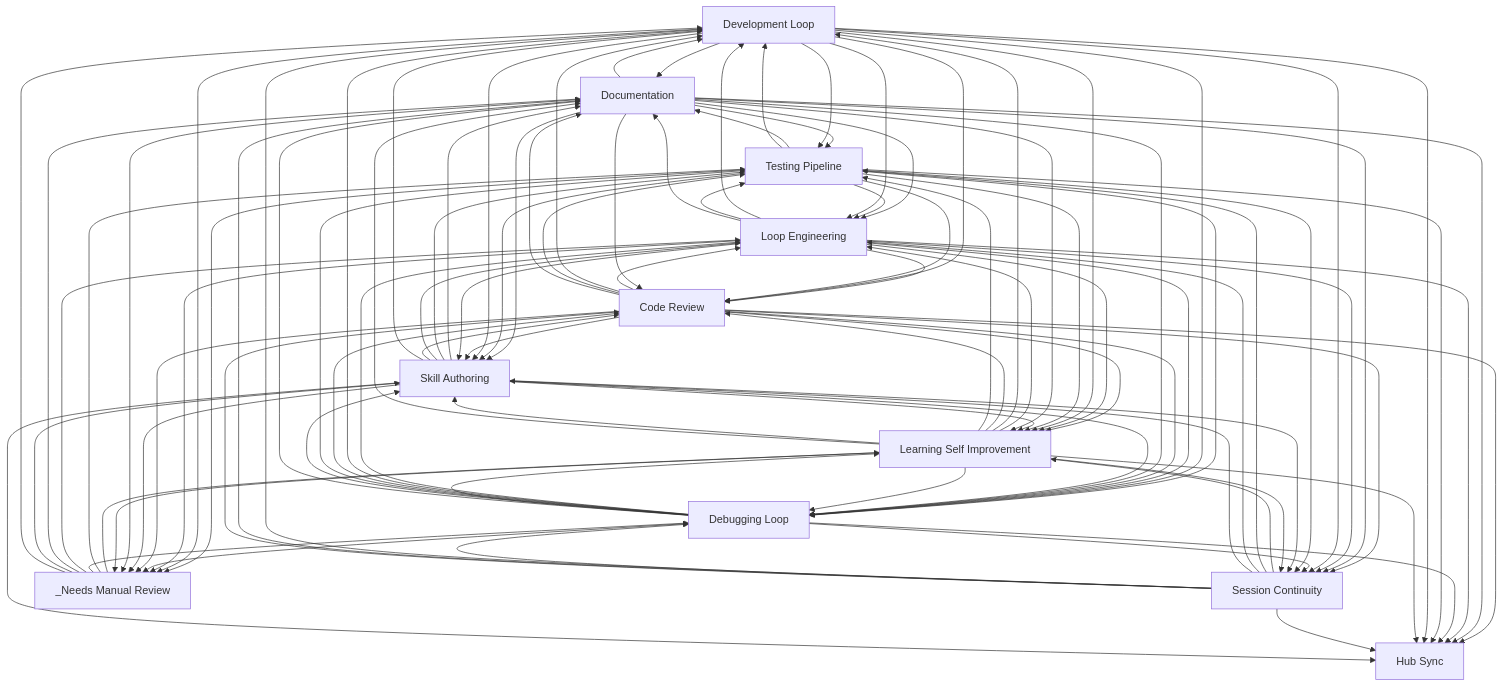
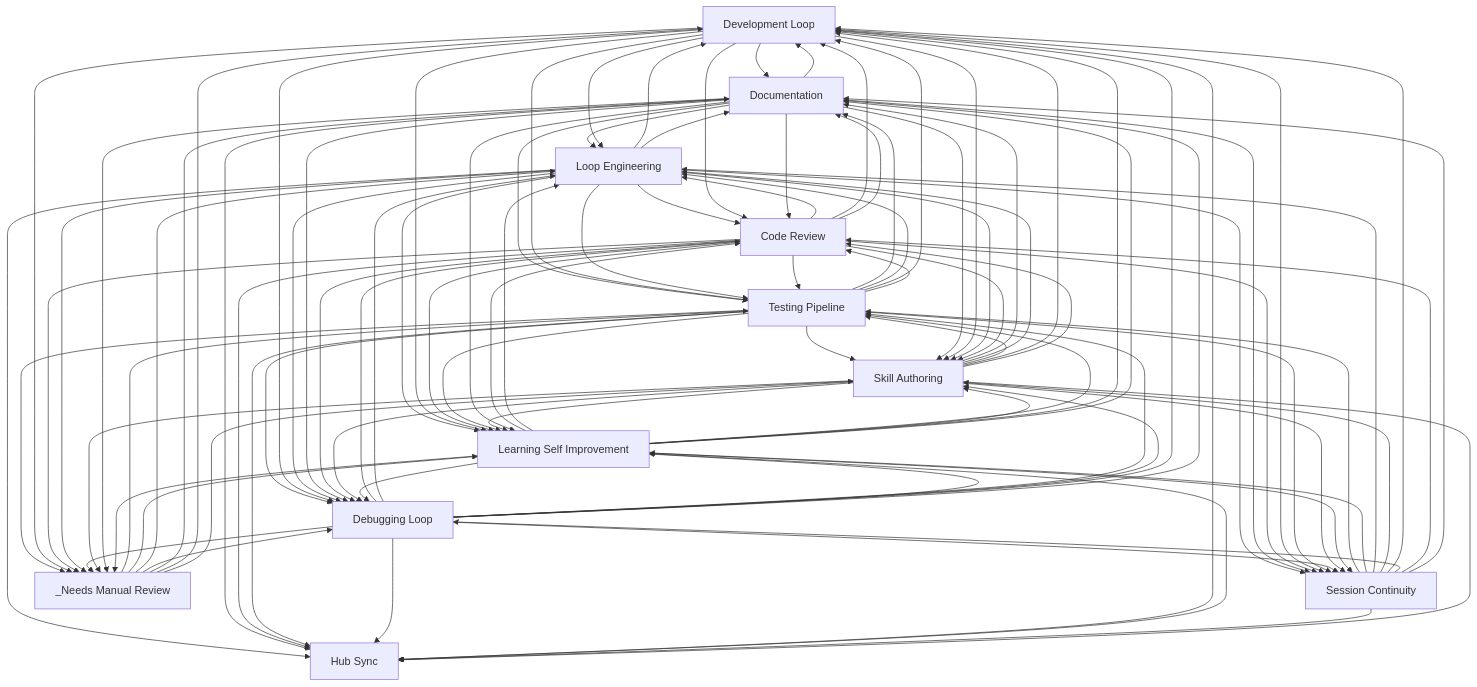
Before and after one commit to abhayla/claude-best-practices: the diagram in docs/workflows/INDEX.md, drawn with Mermaid. The commit also changed other lines of this file and 13 other files, not shown here.

````diff
--- a/docs/workflows/INDEX.md
+++ b/docs/workflows/INDEX.md
@@ -34,88 +34,88 @@
     hub_sync[Hub Sync]
     _needs_manual_review[_Needs Manual Review]
     testing_pipeline --> documentation
+    development_loop --> documentation
     skill_authoring --> documentation
-    development_loop --> documentation
-    documentation --> testing_pipeline
-    documentation --> loop_engineering
-    documentation --> skill_authoring
     testing_pipeline --> loop_engineering
     testing_pipeline --> skill_authoring
+    documentation --> loop_engineering
+    documentation --> testing_pipeline
+    documentation --> skill_authoring
+    development_loop --> loop_engineering
+    development_loop --> testing_pipeline
+    development_loop --> skill_authoring
+    skill_authoring --> loop_engineering
     skill_authoring --> testing_pipeline
-    skill_authoring --> loop_engineering
-    development_loop --> testing_pipeline
-    development_loop --> loop_engineering
-    development_loop --> skill_authoring
-    code_review --> loop_engineering
-    code_review --> development_loop
-    code_review --> testing_pipeline
-    code_review --> skill_authoring
-    loop_engineering --> development_loop
     loop_engineering --> code_review
     loop_engineering --> testing_pipeline
     loop_engineering --> skill_authoring
+    loop_engineering --> development_loop
     development_loop --> code_review
-    code_review --> learning_self_improvement
+    code_review --> loop_engineering
+    code_review --> testing_pipeline
+    code_review --> skill_authoring
+    code_review --> development_loop
     loop_engineering --> learning_self_improvement
     development_loop --> learning_self_improvement
+    code_review --> learning_self_improvement
     testing_pipeline --> development_loop
     testing_pipeline --> debugging_loop
     testing_pipeline --> code_review
+    debugging_loop --> code_review
     debugging_loop --> loop_engineering
-    debugging_loop --> development_loop
-    debugging_loop --> code_review
     debugging_loop --> testing_pipeline
     debugging_loop --> skill_authoring
+    debugging_loop --> development_loop
     development_loop --> debugging_loop
     documentation --> development_loop
     loop_engineering --> debugging_loop
     loop_engineering --> documentation
+    skill_authoring --> development_loop
     skill_authoring --> code_review
-    skill_authoring --> development_loop
     testing_pipeline --> learning_self_improvement
     skill_authoring --> learning_self_improvement
     testing_pipeline --> _needs_manual_review
     development_loop --> _needs_manual_review
+    documentation --> code_review
+    documentation --> debugging_loop
     code_review --> debugging_loop
-    documentation --> debugging_loop
-    documentation --> code_review
+    loop_engineering --> hub_sync
+    loop_engineering --> session_continuity
+    documentation --> hub_sync
+    documentation --> learning_self_improvement
+    documentation --> session_continuity
     code_review --> hub_sync
     code_review --> documentation
     code_review --> session_continuity
-    documentation --> hub_sync
-    documentation --> learning_self_improvement
-    documentation --> session_continuity
-    loop_engineering --> hub_sync
-    loop_engineering --> session_continuity
+    development_loop --> session_continuity
+    session_continuity --> testing_pipeline
     session_continuity --> learning_self_improvement
-    session_continuity --> testing_pipeline
-    development_loop --> session_continuity
+    _needs_manual_review --> testing_pipeline
     _needs_manual_review --> learning_self_improvement
-    _needs_manual_review --> testing_pipeline
+    testing_pipeline --> session_continuity
     debugging_loop --> learning_self_improvement
     debugging_loop --> session_continuity
-    testing_pipeline --> session_continuity
+    testing_pipeline --> hub_sync
     debugging_loop --> hub_sync
     debugging_loop --> documentation
-    testing_pipeline --> hub_sync
     development_loop --> hub_sync
     skill_authoring --> session_continuity
     skill_authoring --> debugging_loop
+    _needs_manual_review --> loop_engineering
     _needs_manual_review --> debugging_loop
-    _needs_manual_review --> loop_engineering
+    learning_self_improvement --> code_review
     learning_self_improvement --> loop_engineering
-    learning_self_improvement --> development_loop
     learning_self_improvement --> debugging_loop
-    learning_self_improvement --> code_review
     learning_self_improvement --> testing_pipeline
     learning_self_improvement --> skill_authoring
+    learning_self_improvement --> development_loop
+    code_review --> _needs_manual_review
     loop_engineering --> _needs_manual_review
     debugging_loop --> _needs_manual_review
-    code_review --> _needs_manual_review
     skill_authoring --> _needs_manual_review
     _needs_manual_review --> documentation
+    _needs_manual_review --> development_loop
     _needs_manual_review --> skill_authoring
-    _needs_manual_review --> development_loop
     learning_self_improvement --> session_continuity
     documentation --> _needs_manual_review
     session_continuity --> loop_engineering
@@ -124,9 +124,9 @@
     learning_self_improvement --> documentation
     session_continuity --> development_loop
     session_continuity --> debugging_loop
+    session_continuity --> code_review
     session_continuity --> hub_sync
     session_continuity --> documentation
-    session_continuity --> code_review
     skill_authoring --> hub_sync
     learning_self_improvement --> _needs_manual_review
 ```
````
